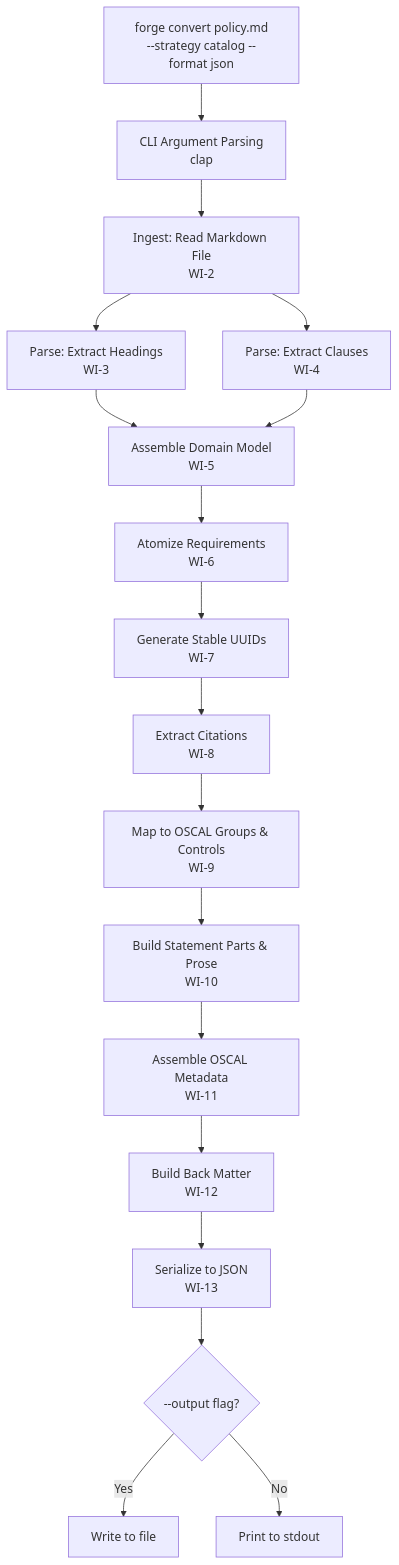
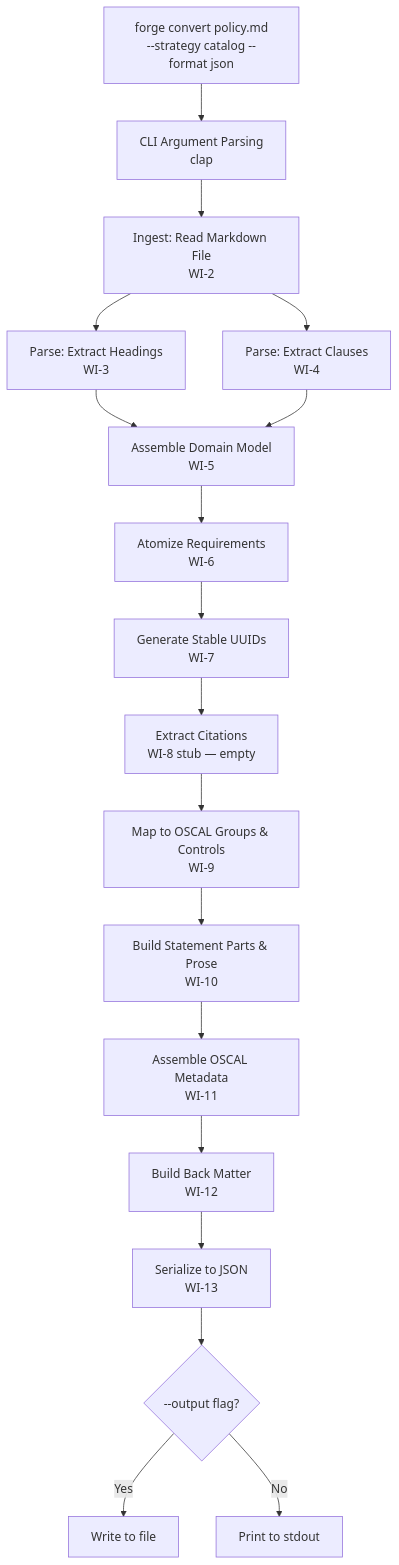
Before and after one commit to policy-forge/forge: the first of 3 diagrams in docs/PRD/013-prd-catalog-pipeline.md, drawn with Mermaid. The commit also changed other lines of this file and 19 other files, not shown here.

````diff
--- a/docs/PRD/013-prd-catalog-pipeline.md
+++ b/docs/PRD/013-prd-catalog-pipeline.md
@@ -173,20 +173,20 @@
 ```mermaid
 flowchart TD
     A[forge convert policy.md\n--strategy catalog --format json] --> B[CLI Argument Parsing\nclap]
     B --> C[Ingest: Read Markdown File\nWI-2]
     C --> D[Parse: Extract Headings\nWI-3]
     C --> E[Parse: Extract Clauses\nWI-4]
     D --> F[Assemble Domain Model\nWI-5]
     E --> F
     F --> G[Atomize Requirements\nWI-6]
     G --> H[Generate Stable UUIDs\nWI-7]
-    H --> I[Extract Citations\nWI-8]
+    H --> I[Extract Citations\nWI-8 stub — empty]
     I --> J[Map to OSCAL Groups & Controls\nWI-9]
     J --> K[Build Statement Parts & Prose\nWI-10]
     K --> L[Assemble OSCAL Metadata\nWI-11]
     L --> M[Build Back Matter\nWI-12]
     M --> N[Serialize to JSON\nWI-13]
     N --> O{--output flag?}
     O -->|Yes| P[Write to file]
     O -->|No| Q[Print to stdout]
 ```
````
